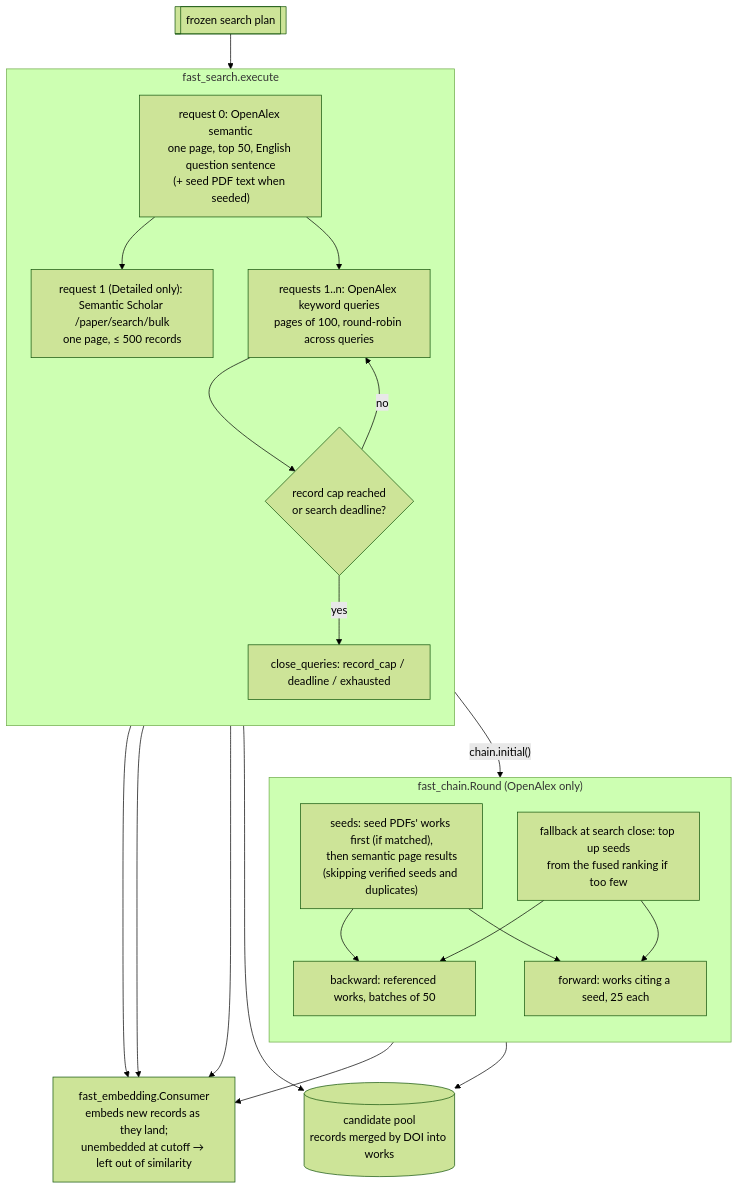
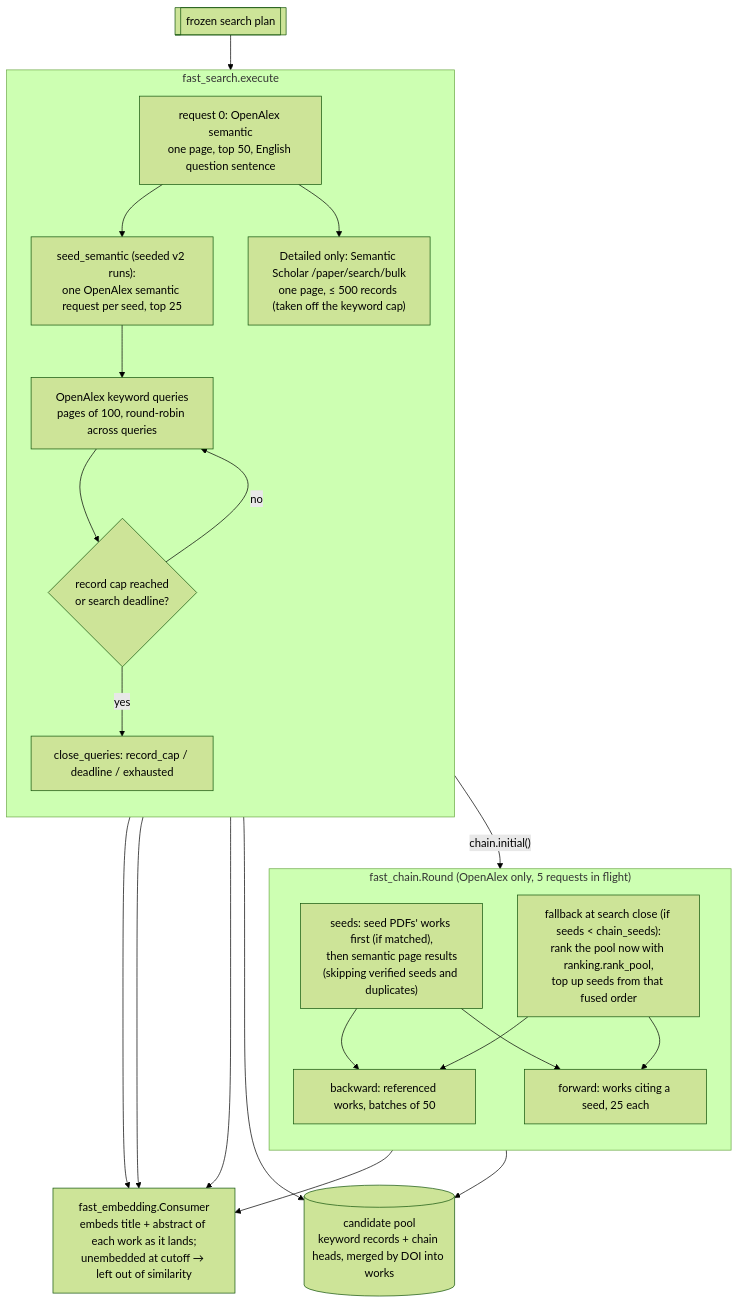
The fourth of 8 diagrams in docs/search-architecture.md (huguryildiz/DEIXIS), drawn with Mermaid (forest theme) before and after one commit. The commit also changed other lines of this file, not shown here.

Commit message:
docs: search architecture brought up to 8cbedaea (reranker, ranking replay, joint signal, seed semantic requests, follow-up, Screen more, snowball, citation map)

````diff
--- a/docs/search-architecture.md
+++ b/docs/search-architecture.md
@@ -92,32 +123,33 @@
 ```mermaid
 flowchart TD
     FZ[["frozen search plan"]] --> SEM
 
     subgraph SEARCH["fast_search.execute"]
         direction TB
-        SEM["request 0: OpenAlex semantic<br/>one page, top 50, English question sentence<br/>(+ seed PDF text when seeded)"]
-        SEM --> S2["request 1 (Detailed only): Semantic Scholar /paper/search/bulk<br/>one page, ≤ 500 records"]
-        SEM --> KW["requests 1..n: OpenAlex keyword queries<br/>pages of 100, round-robin across queries"]
+        SEM["request 0: OpenAlex semantic<br/>one page, top 50, English question sentence"]
+        SEM --> SS["seed_semantic (seeded v2 runs):<br/>one OpenAlex semantic request per seed, top 25"]
+        SS --> KW["OpenAlex keyword queries<br/>pages of 100, round-robin across queries"]
+        SEM --> S2["Detailed only: Semantic Scholar /paper/search/bulk<br/>one page, ≤ 500 records (taken off the keyword cap)"]
         KW --> STOP{"record cap reached<br/>or search deadline?"}
         STOP -->|"no"| KW
         STOP -->|"yes"| CLOSE["close_queries: record_cap / deadline / exhausted"]
     end
 
     SEM -->|"chain.initial()"| CH
-    subgraph CH["fast_chain.Round (OpenAlex only)"]
+    subgraph CH["fast_chain.Round (OpenAlex only, 5 requests in flight)"]
         direction TB
         SEEDS["seeds: seed PDFs' works first (if matched),<br/>then semantic page results<br/>(skipping verified seeds and duplicates)"] --> BK["backward: referenced works, batches of 50"]
         SEEDS --> FW["forward: works citing a seed, 25 each"]
-        FB["fallback at search close: top up seeds<br/>from the fused ranking if too few"] --> BK
+        FB["fallback at search close (if seeds < chain_seeds):<br/>rank the pool now with ranking.rank_pool,<br/>top up seeds from that fused order"] --> BK
         FB --> FW
     end
 
     SEM --> EMB
     KW --> EMB
     S2 --> EMB
     CH --> EMB
-    EMB["fast_embedding.Consumer<br/>embeds new records as they land;<br/>unembedded at cutoff → left out of similarity"]
+    EMB["fast_embedding.Consumer<br/>embeds title + abstract of each work as it lands;<br/>unembedded at cutoff → left out of similarity"]
 
-    CLOSE --> POOL[("candidate pool<br/>records merged by DOI into works")]
+    CLOSE --> POOL[("candidate pool<br/>keyword records + chain heads, merged by DOI into works")]
     CH --> POOL
 ```
````
